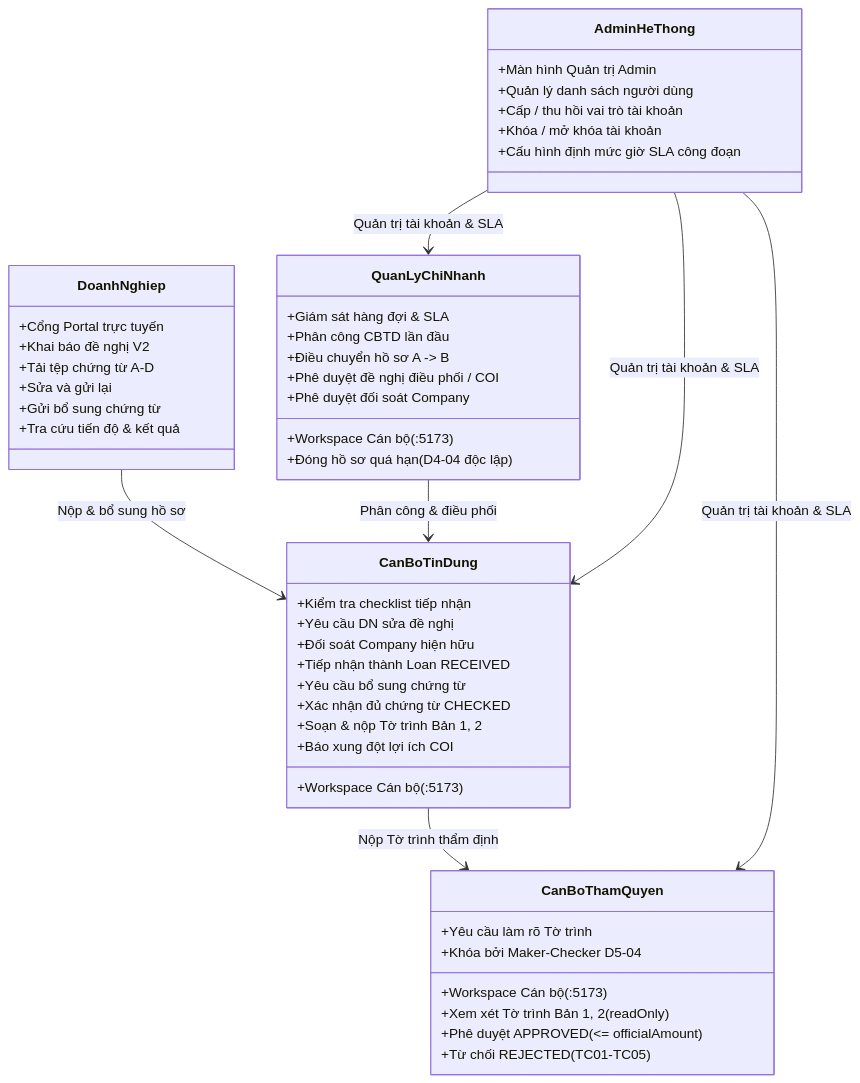
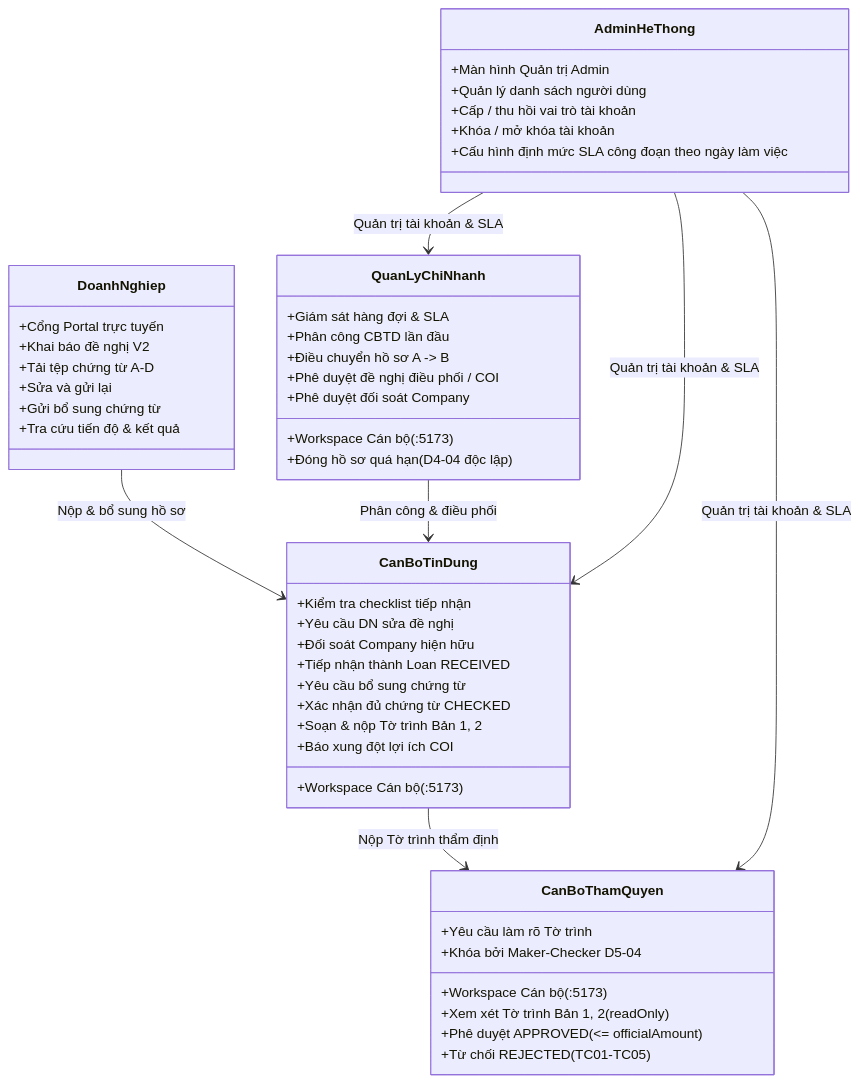
Before and after one commit to yenhile/SME_SYSTEM: the second of 2 diagrams in docs/SME_MASTER.md, drawn with Mermaid. The commit also changed other lines of this file and 264 other files, not shown here.

````diff
--- a/docs/SME_MASTER.md
+++ b/docs/SME_MASTER.md
@@ -121,52 +121,52 @@
 ```mermaid
 classDiagram
   class DoanhNghiep {
     +Cổng Portal trực tuyến
     +Khai báo đề nghị V2
     +Tải tệp chứng từ A-D
     +Sửa và gửi lại
     +Gửi bổ sung chứng từ
     +Tra cứu tiến độ & kết quả
   }
   class CanBoTinDung {
     +Workspace Cán bộ (:5173)
     +Kiểm tra checklist tiếp nhận
     +Yêu cầu DN sửa đề nghị
     +Đối soát Company hiện hữu
     +Tiếp nhận thành Loan RECEIVED
     +Yêu cầu bổ sung chứng từ
     +Xác nhận đủ chứng từ CHECKED
     +Soạn & nộp Tờ trình Bản 1, 2
     +Báo xung đột lợi ích COI
   }
   class CanBoThamQuyen {
     +Workspace Cán bộ (:5173)
     +Xem xét Tờ trình Bản 1, 2 (readOnly)
     +Yêu cầu làm rõ Tờ trình
     +Phê duyệt APPROVED (<= officialAmount)
     +Từ chối REJECTED (TC01-TC05)
     +Khóa bởi Maker-Checker D5-04
   }
   class QuanLyChiNhanh {
     +Workspace Cán bộ (:5173)
     +Giám sát hàng đợi & SLA
     +Phân công CBTD lần đầu
     +Điều chuyển hồ sơ A -> B
     +Phê duyệt đề nghị điều phối / COI
     +Phê duyệt đối soát Company
     +Đóng hồ sơ quá hạn (D4-04 độc lập)
   }
   class AdminHeThong {
     +Màn hình Quản trị Admin
     +Quản lý danh sách người dùng
     +Cấp / thu hồi vai trò tài khoản
     +Khóa / mở khóa tài khoản
-    +Cấu hình định mức giờ SLA công đoạn
+    +Cấu hình định mức SLA công đoạn theo ngày làm việc
   }
   DoanhNghiep --> CanBoTinDung : Nộp & bổ sung hồ sơ
   QuanLyChiNhanh --> CanBoTinDung : Phân công & điều phối
   CanBoTinDung --> CanBoThamQuyen : Nộp Tờ trình thẩm định
   AdminHeThong --> QuanLyChiNhanh : Quản trị tài khoản & SLA
   AdminHeThong --> CanBoTinDung : Quản trị tài khoản & SLA
   AdminHeThong --> CanBoThamQuyen : Quản trị tài khoản & SLA
 ```
````
